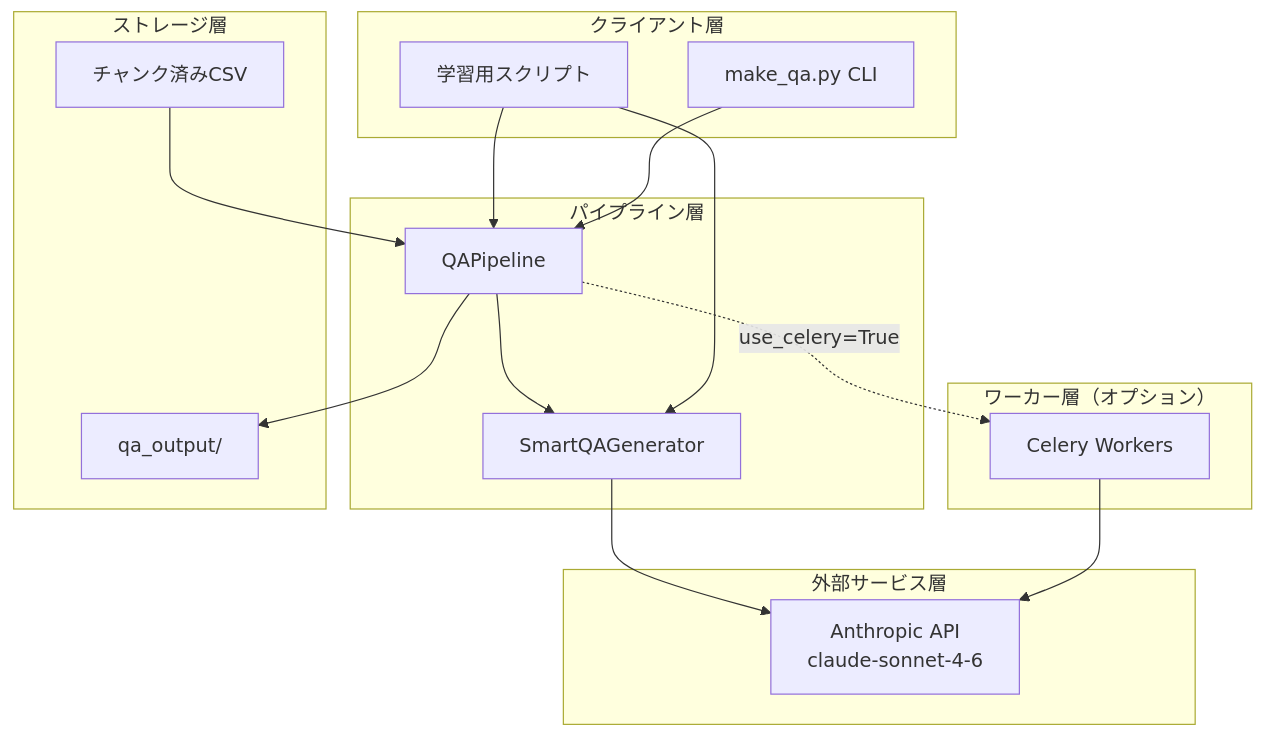
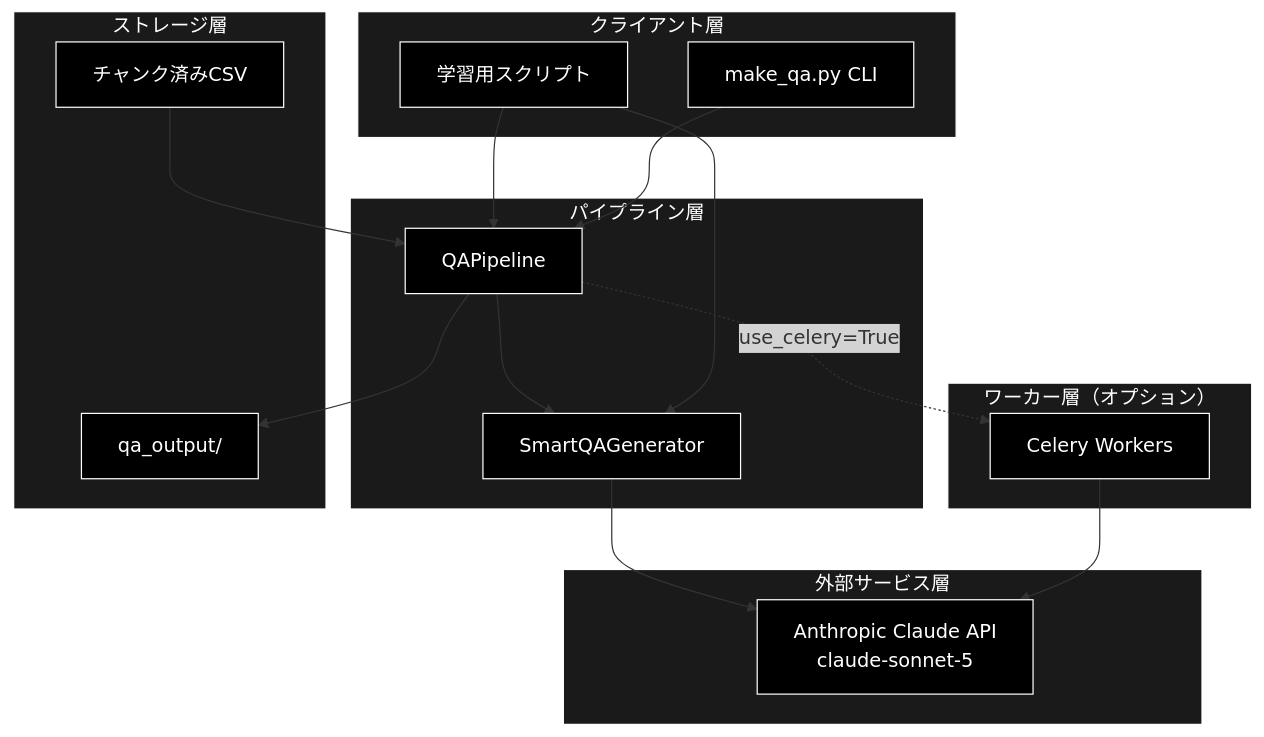
The first of 8 diagrams in qa_qdrant/docs/make_qa_qapipeline.md (nakashima2toshio/grace_v2), drawn with Mermaid before and after one commit. The commit also changed other lines of this file and 11 other files, not shown here.

````diff
--- a/qa_qdrant/docs/make_qa_qapipeline.md
+++ b/qa_qdrant/docs/make_qa_qapipeline.md
@@ -64,35 +74,43 @@
 ```mermaid
 flowchart TB
     subgraph CLIENT["クライアント層"]
         CLI[make_qa.py CLI]
         SCRIPT[学習用スクリプト]
     end
 
     subgraph PIPELINE["パイプライン層"]
         QA_PIPE[QAPipeline]
         SMART_GEN[SmartQAGenerator]
     end
 
     subgraph WORKER["ワーカー層（オプション）"]
         CELERY[Celery Workers]
     end
 
     subgraph EXTERNAL["外部サービス層"]
-        GEMINI[Anthropic API<br>claude-sonnet-4-6]
+        LLMAPI["Anthropic Claude API<br>claude-sonnet-5"]
     end
 
     subgraph STORAGE["ストレージ層"]
         INPUT[チャンク済みCSV]
         OUTPUT[qa_output/]
     end
 
     CLI --> QA_PIPE
     SCRIPT --> QA_PIPE
     SCRIPT --> SMART_GEN
     QA_PIPE --> SMART_GEN
     QA_PIPE -.->|use_celery=True| CELERY
-    CELERY --> GEMINI
-    SMART_GEN --> GEMINI
+    CELERY --> LLMAPI
+    SMART_GEN --> LLMAPI
     INPUT --> QA_PIPE
     QA_PIPE --> OUTPUT
+classDef default fill:#000,stroke:#fff,color:#fff
+classDef subgraphStyle fill:#1a1a1a,stroke:#fff,color:#fff
+class CLI,SCRIPT,QA_PIPE,SMART_GEN,CELERY,LLMAPI,INPUT,OUTPUT default
+style CLIENT fill:#1a1a1a,stroke:#fff,color:#fff
+style PIPELINE fill:#1a1a1a,stroke:#fff,color:#fff
+style WORKER fill:#1a1a1a,stroke:#fff,color:#fff
+style EXTERNAL fill:#1a1a1a,stroke:#fff,color:#fff
+style STORAGE fill:#1a1a1a,stroke:#fff,color:#fff
 ```
````
